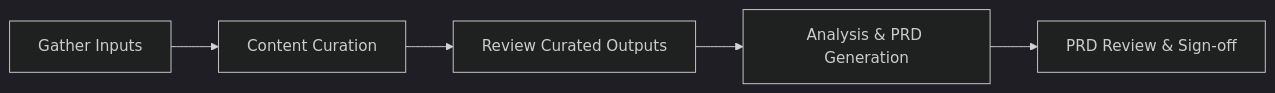
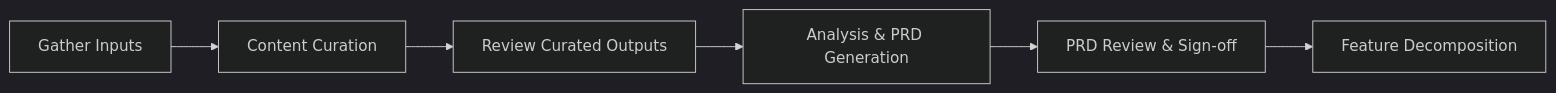
Before and after one commit to DEFRA/defra-ai-modernisation-playbook: the diagram in index.md, drawn with Mermaid (dark theme). The commit also changed other lines of this file and 9 other files, not shown here.

Commit message:
docs: add phase 6 feature decomposition to playbook

````diff
--- a/index.md
+++ b/index.md
@@ -11,7 +11,8 @@
 ```mermaid
 flowchart LR
     A["Gather Inputs"] --> B["Content Curation"]
     B --> C["Review Curated Outputs"]
     C --> D["Analysis & PRD Generation"]
     D --> E["PRD Review & Sign-off"]
+    E --> F["Feature Decomposition"]
 ```
````
